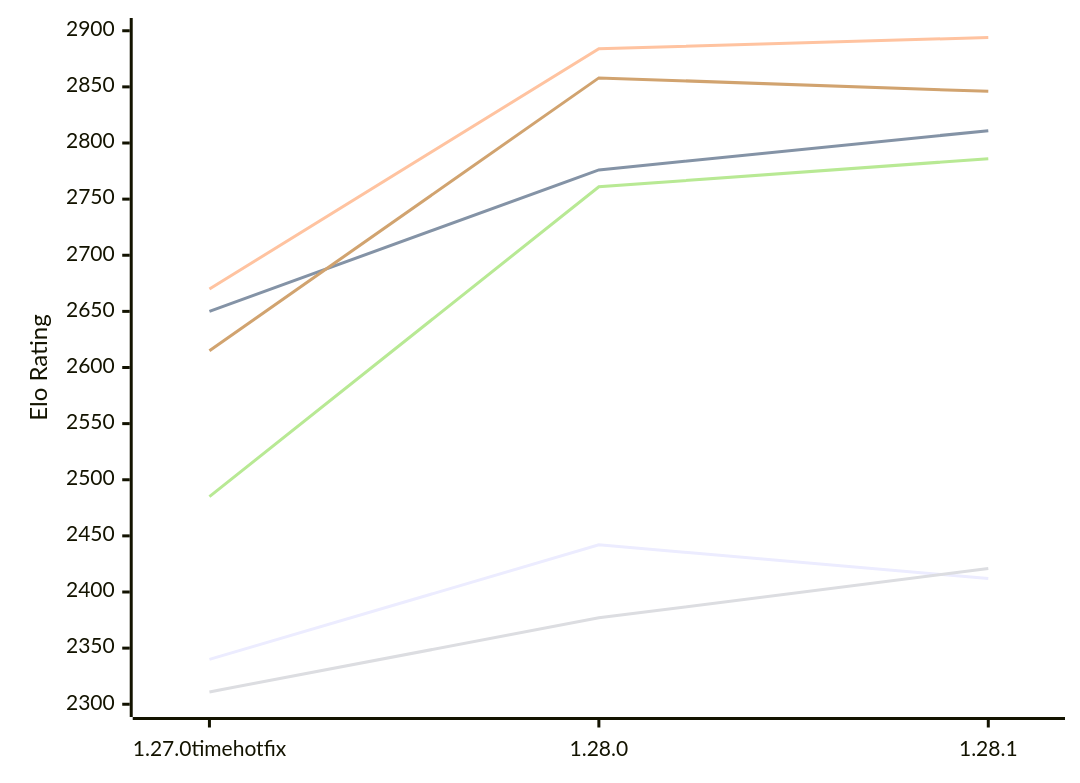
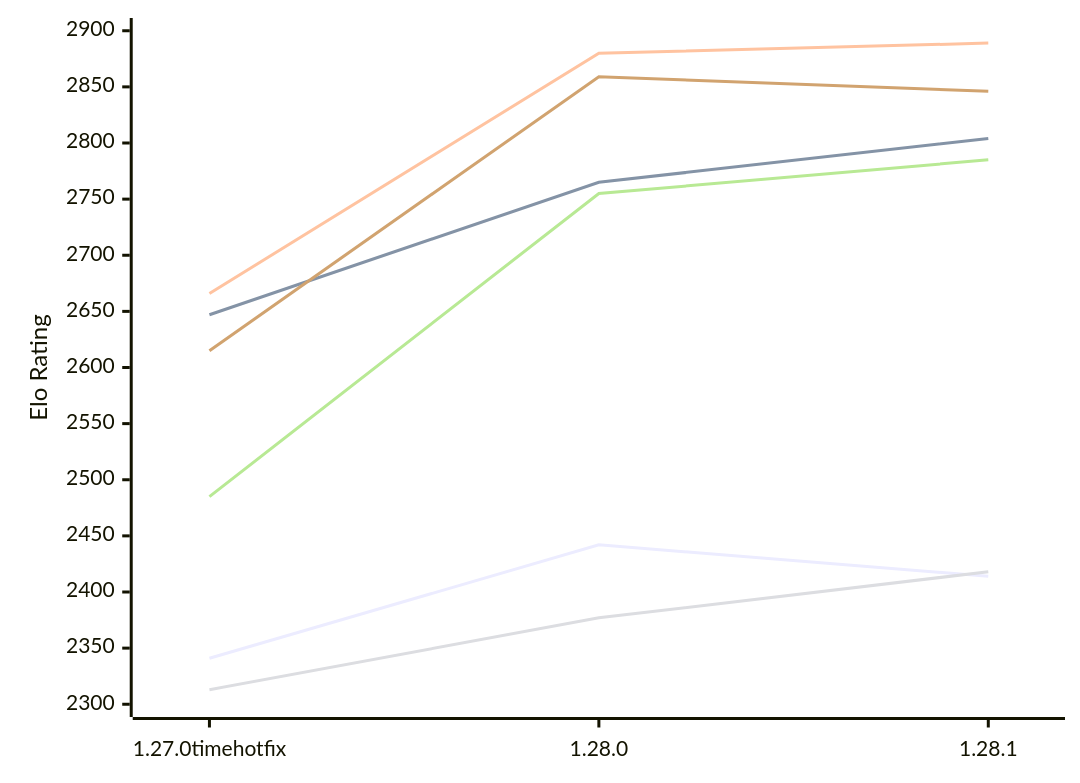
The first of 2 diagrams in engines/Aurora.md (computer-chess-index/cci), drawn with Mermaid before and after one commit. The commit also changed other lines of this file, not shown here.

Commit message:
Update CCI Ratings (ELO VLTC) - 2026-11-26

````diff
--- a/engines/Aurora.md
+++ b/engines/Aurora.md
@@ -52,12 +52,12 @@
 ```mermaid
 %%{init: {"theme":"base","themeVariables":{"seriesColors:['#a3a3a3','#222221','#faa371']}}}%%
 xychart-beta
   x-axis ["1.27.0timehotfix", "1.28.0", "1.28.1"]
   y-axis "Elo Rating" 2300 --> 2900
-  line "E1: STC (8.0+0.08s)" [2340, 2442, 2412]
-  line "E1: LTC (60.0+0.60s)" [2650, 2776, 2811]
-  line "E1: VLTC (2m24s+1.12s)" [2670, 2884, 2894]
-  line "P1: STC (8.0+0.08s)" [2311, 2377, 2421]
-  line "P1: LTC (60.0+0.60s)" [2485, 2761, 2786]
-  line "P1: VLTC (2m24s+1.12s)" [2615, 2858, 2846]
+  line "E1: STC (8.0+0.08s)" [2341, 2442, 2414]
+  line "E1: LTC (60.0+0.60s)" [2647, 2765, 2804]
+  line "E1: VLTC (2m24s+1.12s)" [2666, 2880, 2889]
+  line "P1: STC (8.0+0.08s)" [2313, 2377, 2418]
+  line "P1: LTC (60.0+0.60s)" [2485, 2755, 2785]
+  line "P1: VLTC (2m24s+1.12s)" [2615, 2859, 2846]
 ```
````
